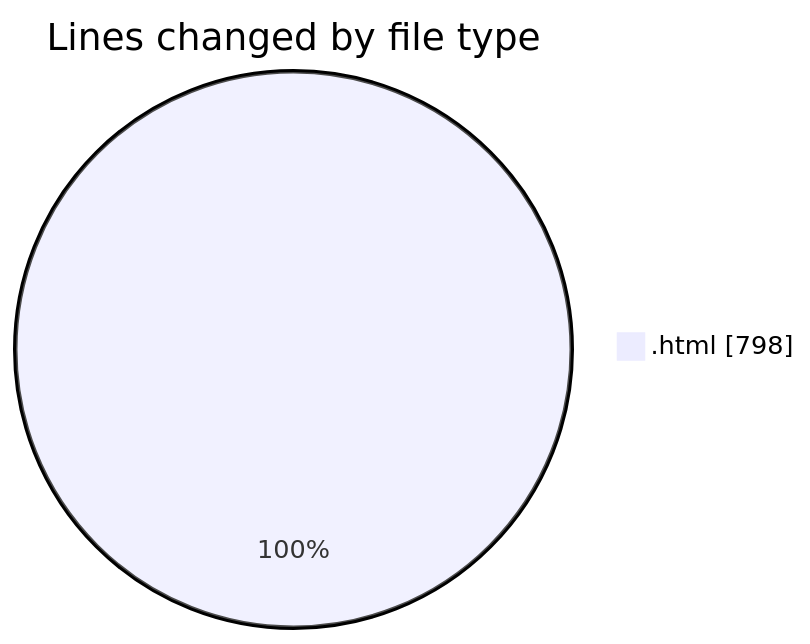
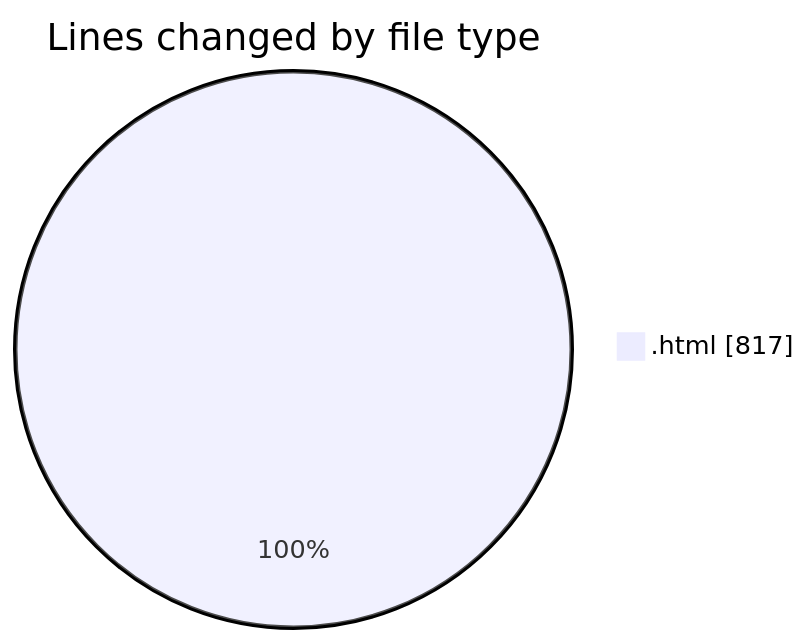
One commit to vahidmafi/code-tracking changed the first of 2 diagrams in 2025-06-07/www/README.md. Above: the diagram before and after it, drawn with Mermaid. The commit also changed other lines of this file and 1 other file, not shown here.

````diff
--- a/2025-06-07/www/README.md
+++ b/2025-06-07/www/README.md
@@ -21,5 +21,5 @@
 ```mermaid
 pie showData
 title Lines changed by file type
-".html" : 798
+".html" : 817
 ```
````
